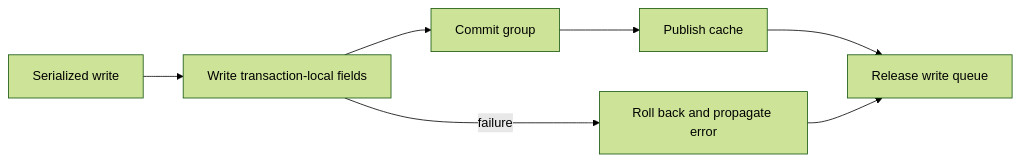
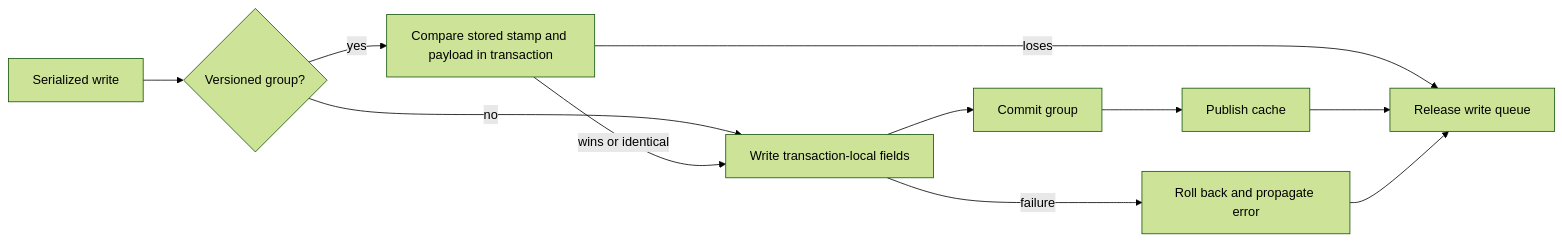
One commit to matthiasn/lotti changed the first of 6 diagrams in knowledge/architecture/persistence.md. Above: the diagram before and after it, drawn with Mermaid (forest theme). The commit also changed other lines of this file and 17 other files, not shown here.

````diff
--- a/knowledge/architecture/persistence.md
+++ b/knowledge/architecture/persistence.md
@@ -156,9 +164,13 @@
 ```mermaid
 flowchart LR
-  Queue[Serialized write] --> Write[Write transaction-local fields]
+  Queue[Serialized write] --> Guard{Versioned group?}
+  Guard -->|no| Write[Write transaction-local fields]
+  Guard -->|yes| Compare[Compare stored stamp and payload in transaction]
+  Compare -->|loses| Release[Release write queue]
+  Compare -->|wins or identical| Write
   Write --> Commit[Commit group]
   Write -->|failure| Rollback[Roll back and propagate error]
   Commit --> Cache[Publish cache]
-  Cache --> Release[Release write queue]
+  Cache --> Release
   Rollback --> Release
 ```
````
